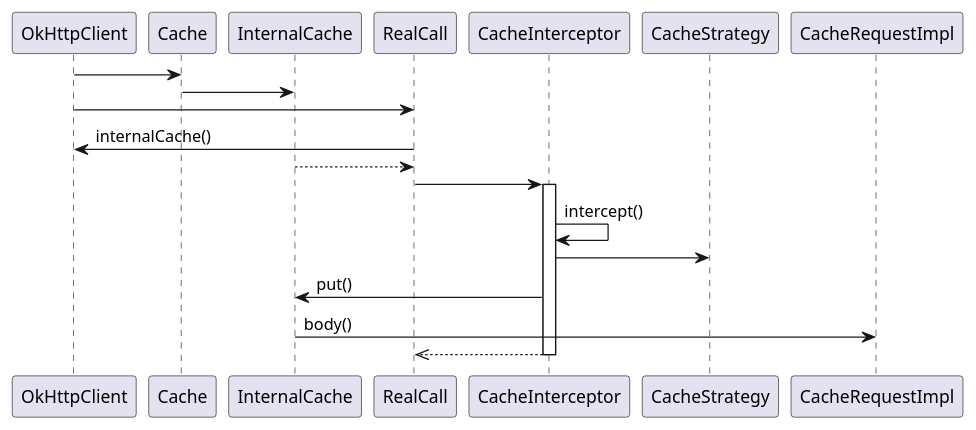
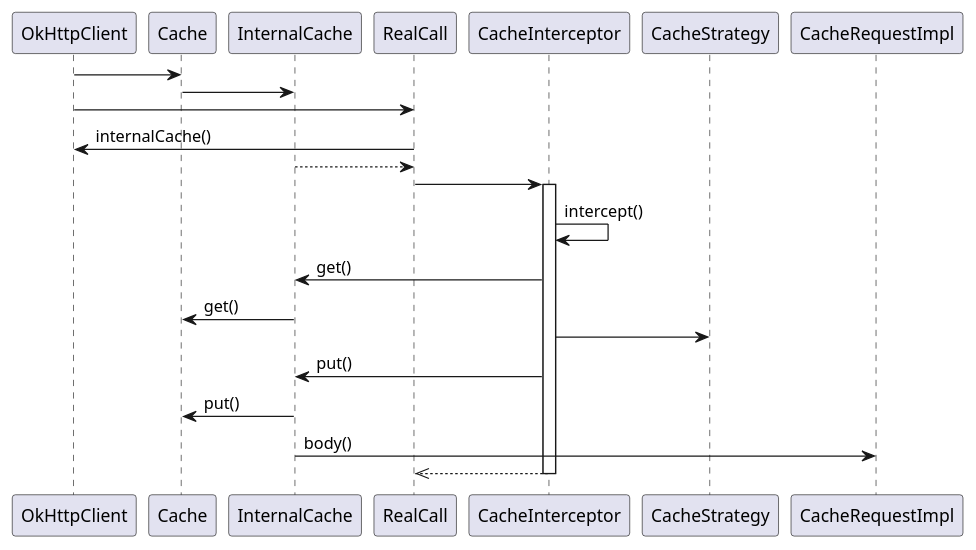
Before and after one commit to booqin/okhttp: the diagram in cache.puml, drawn with PlantUML. The commit also changed 4 other files, not shown here.

```diff
--- a/cache.puml
+++ b/cache.puml
@@ -1,23 +1,26 @@
 @startuml
 'Alice -> Bob: Authentication Request
 'Bob --> Alice: Authentication Response
 '
 'Alice -> Bob: Another authentication Request
 'Alice <-- Bob: another authentication Response
 
 OkHttpClient -> Cache
 Cache -> InternalCache
 OkHttpClient -> RealCall
 RealCall -> OkHttpClient:internalCache()
 RealCall <-- InternalCache
 RealCall -> CacheInterceptor
 
 activate CacheInterceptor
 CacheInterceptor -> CacheInterceptor:intercept()
+CacheInterceptor -> InternalCache:get()
+InternalCache -> Cache:get()
 CacheInterceptor -> CacheStrategy
 CacheInterceptor -> InternalCache:put()
+InternalCache -> Cache:put()
 InternalCache -> CacheRequestImpl:body()
 RealCall <<-- CacheInterceptor
 deactivate CacheInterceptor
 
 @enduml
```
